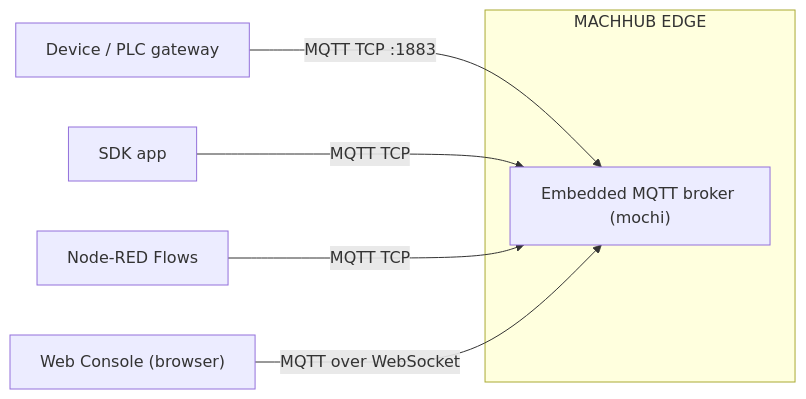
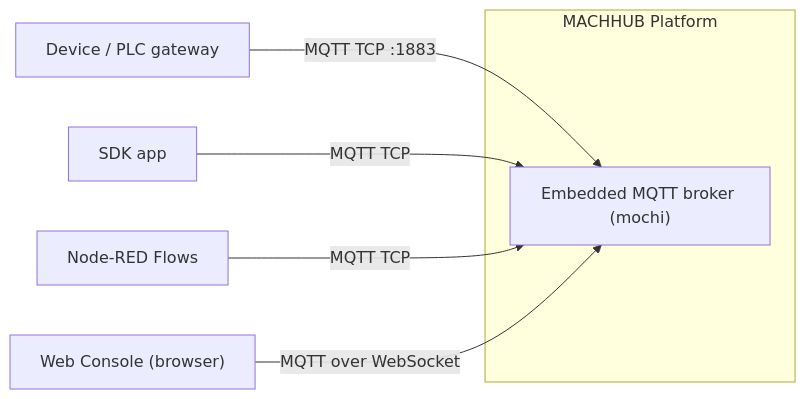
Before and after one commit to machhub-dev/docs: the first of 2 diagrams in src/content/docs/concepts/realtime.md, drawn with Mermaid. The commit also changed other lines of this file and 24 other files, not shown here.

First line of the commit message:
docs: rename product from "MACHHUB EDGE" to "MACHHUB Platform"

````diff
--- a/src/content/docs/concepts/realtime.md
+++ b/src/content/docs/concepts/realtime.md
@@ -27,10 +27,10 @@
 ```mermaid
 flowchart LR
-  subgraph EDGE["MACHHUB EDGE"]
+  subgraph EDGE["MACHHUB Platform"]
     Broker["Embedded MQTT broker (mochi)"]
   end
   Dev["Device / PLC gateway"] -- "MQTT TCP :1883" --> Broker
   SDKApp["SDK app"] -- "MQTT TCP" --> Broker
   NR["Node-RED Flows"] -- "MQTT TCP" --> Broker
   UI["Web Console (browser)"] -- "MQTT over WebSocket" --> Broker
 ```
````
